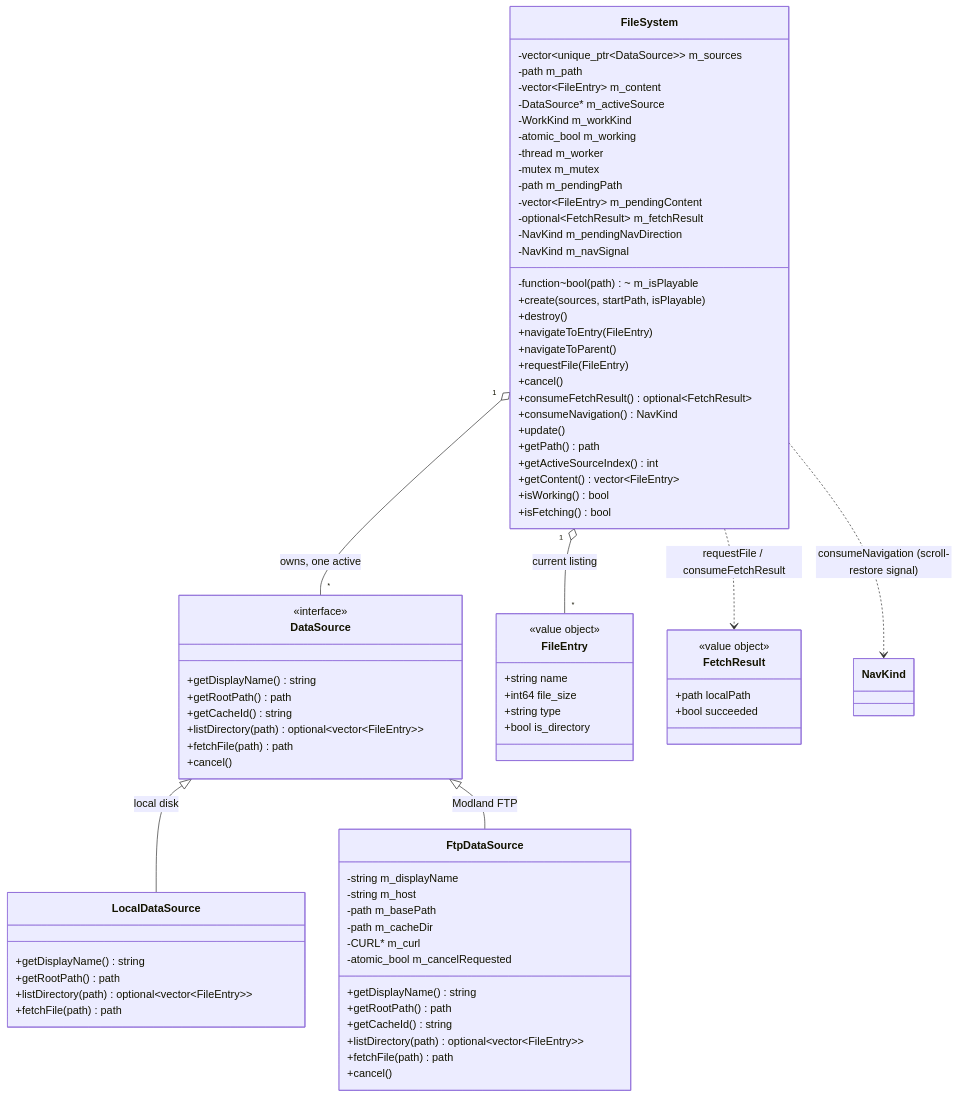
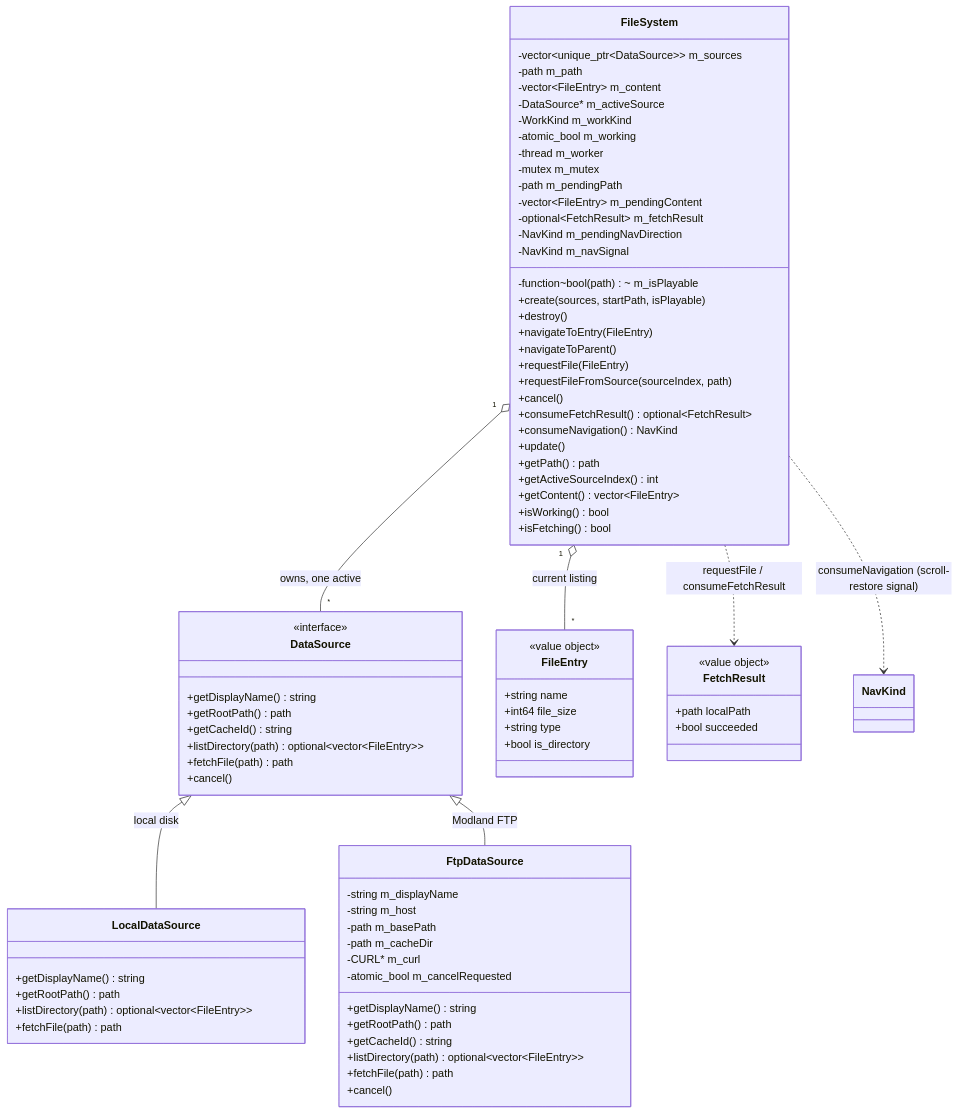
One commit to notnotme/osp2 changed the diagram in docs/filesystem.md. Above: the diagram before and after it, drawn with Mermaid. The commit also changed other lines of this file and 13 other files, not shown here.

```diff
--- a/docs/filesystem.md
+++ b/docs/filesystem.md
@@ -66,6 +66,7 @@
         +navigateToEntry(FileEntry)
         +navigateToParent()
         +requestFile(FileEntry)
+        +requestFileFromSource(sourceIndex, path)
         +cancel()
         +consumeFetchResult() optional~FetchResult~
         +consumeNavigation() NavKind
```
